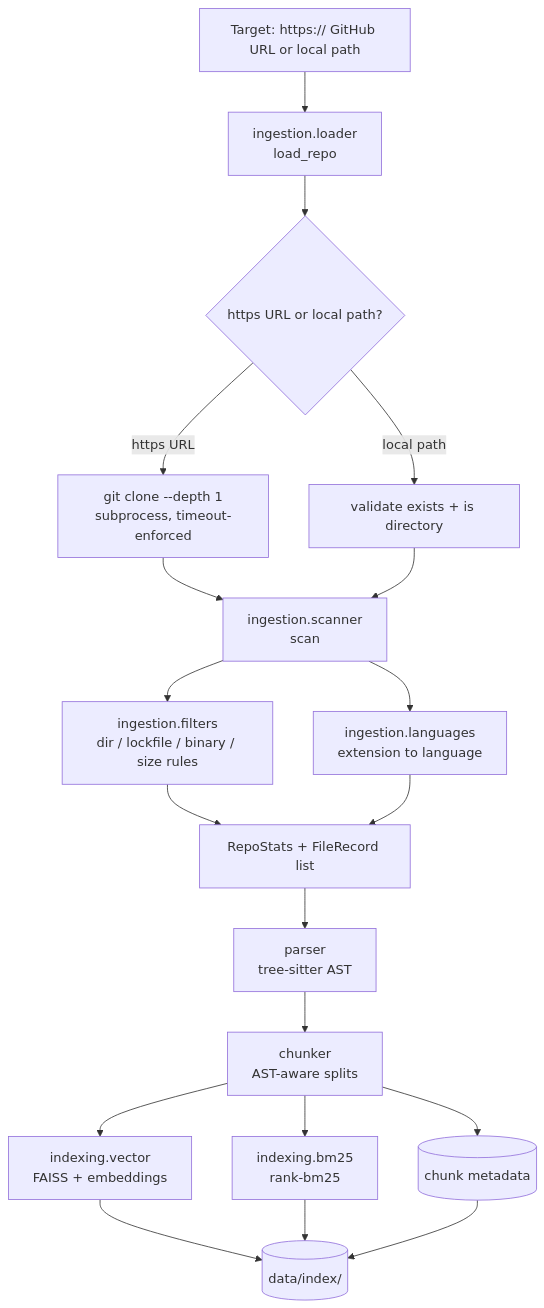
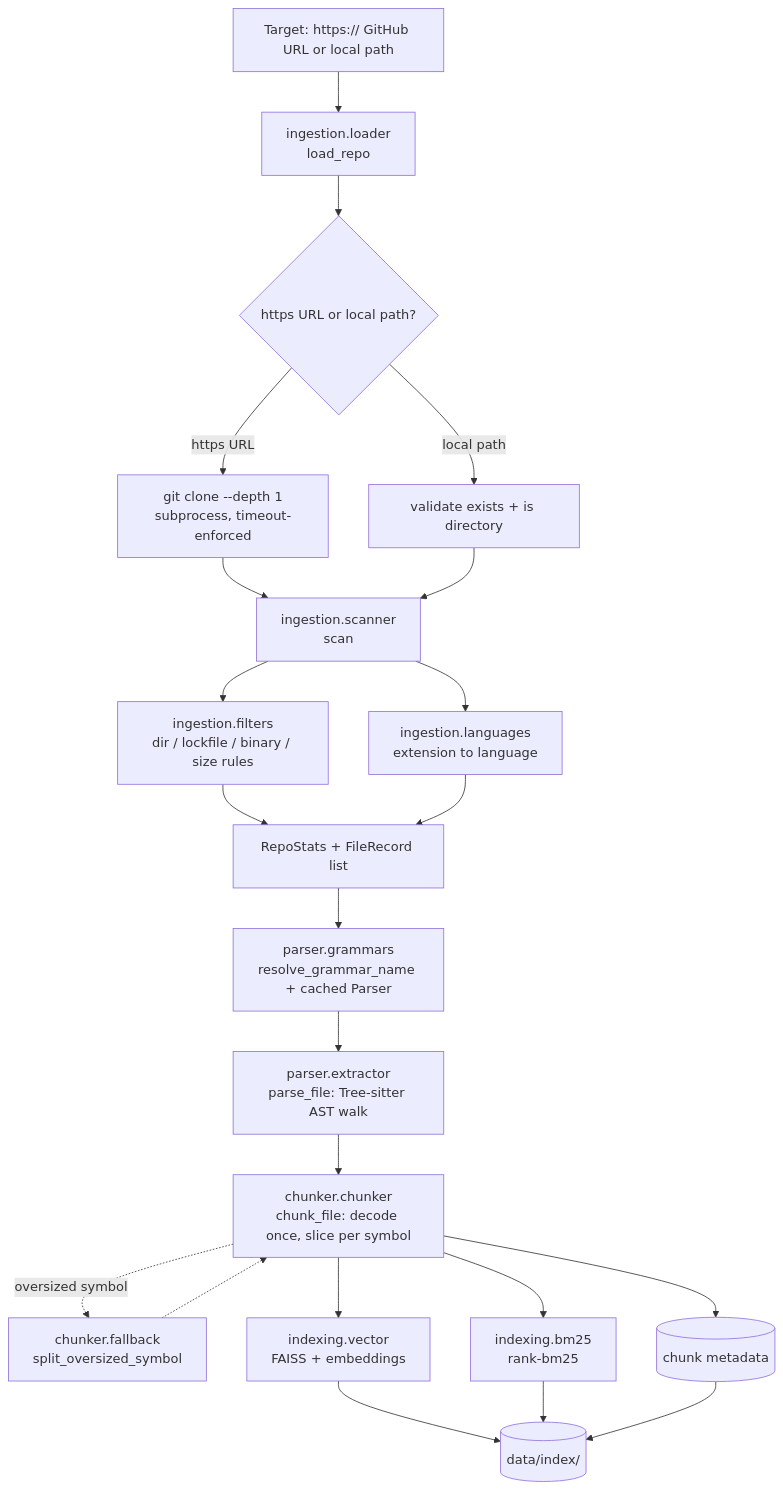
Before and after one commit to AyushShanu/CodeBase-MCP-Server: the second of 4 diagrams in FLOW.md, drawn with Mermaid. The commit also changed other lines of this file and 15 other files, not shown here.

Commit message:
creatd tree-sitter-chuning

````diff
--- a/FLOW.md
+++ b/FLOW.md
@@ -69,21 +87,24 @@
 ```mermaid
 flowchart TD
     A[Target: https:// GitHub URL or local path] --> B1[ingestion.loader<br/>load_repo]
     B1 --> B2{https URL or local path?}
     B2 -->|https URL| B3[git clone --depth 1<br/>subprocess, timeout-enforced]
     B2 -->|local path| B4[validate exists + is directory]
     B3 --> B5[ingestion.scanner<br/>scan]
     B4 --> B5
     B5 --> B6[ingestion.filters<br/>dir / lockfile / binary / size rules]
     B5 --> B7[ingestion.languages<br/>extension to language]
     B6 --> B8[RepoStats + FileRecord list]
     B7 --> B8
-    B8 --> C[parser<br/>tree-sitter AST]
-    C --> D[chunker<br/>AST-aware splits]
-    D --> E[indexing.vector<br/>FAISS + embeddings]
-    D --> F[indexing.bm25<br/>rank-bm25]
+    B8 --> C1[parser.grammars<br/>resolve_grammar_name + cached Parser]
+    C1 --> C2[parser.extractor<br/>parse_file: Tree-sitter AST walk]
+    C2 --> D1[chunker.chunker<br/>chunk_file: decode once, slice per symbol]
+    D1 -.oversized symbol.-> D2[chunker.fallback<br/>split_oversized_symbol]
+    D2 -.-> D1
+    D1 --> E[indexing.vector<br/>FAISS + embeddings]
+    D1 --> F[indexing.bm25<br/>rank-bm25]
     E --> G[(data/index/)]
     F --> G
-    D --> H[(chunk metadata)]
+    D1 --> H[(chunk metadata)]
     H --> G
 ```
````
